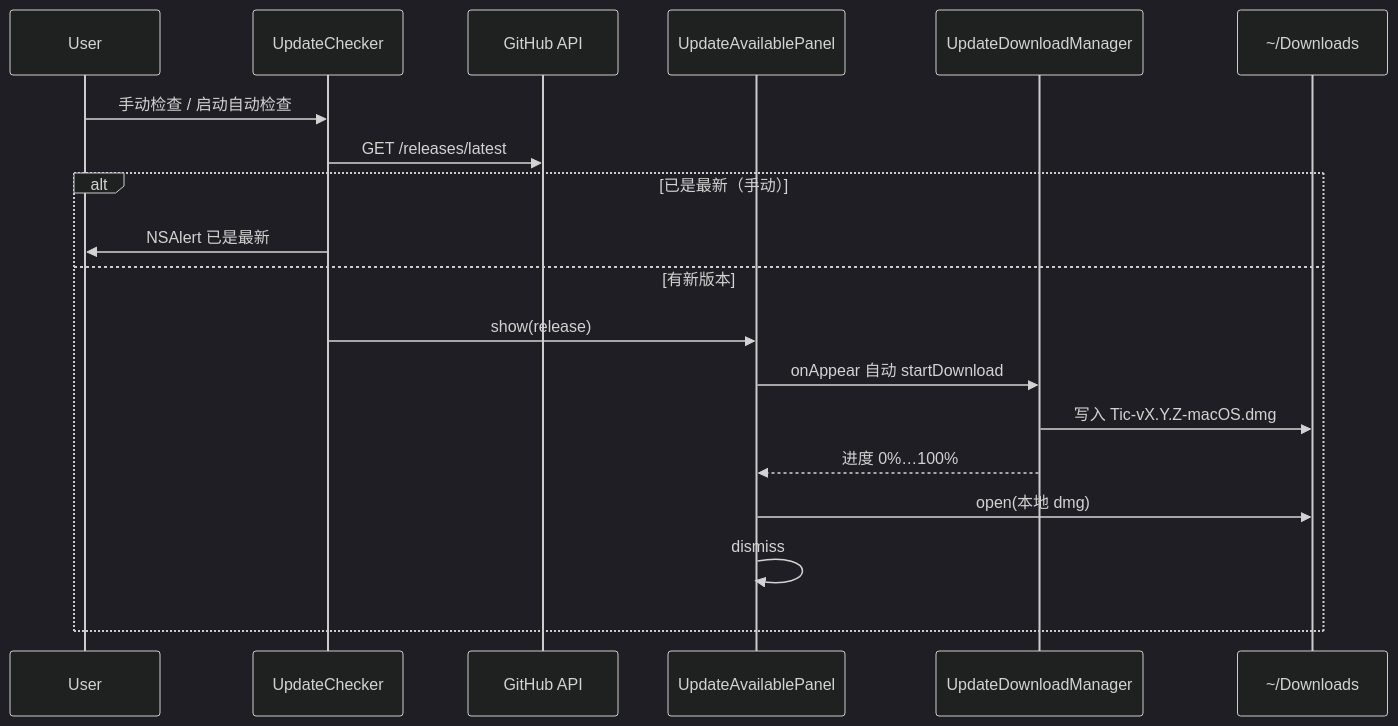
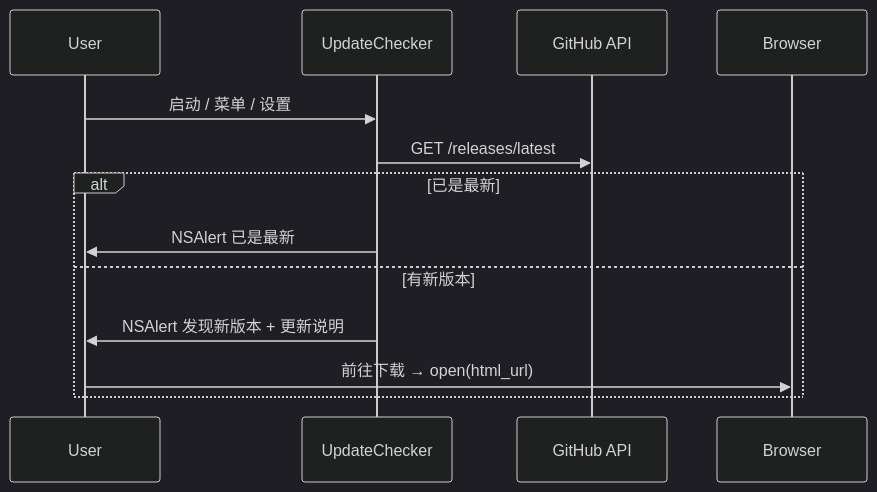
The diagram in docs/app-update.md (NicCraver/tic), drawn with Mermaid (dark theme) before and after one commit. The commit also changed other lines of this file and 18 other files, not shown here.

````diff
--- a/docs/app-update.md
+++ b/docs/app-update.md
@@ -33,22 +28,16 @@
 ```mermaid
 sequenceDiagram
     participant User
     participant Checker as UpdateChecker
     participant API as GitHub API
-    participant Panel as UpdateAvailablePanel
-    participant DL as UpdateDownloadManager
-    participant FS as ~/Downloads
+    participant Browser
 
-    User->>Checker: 手动检查 / 启动自动检查
+    User->>Checker: 启动 / 菜单 / 设置
     Checker->>API: GET /releases/latest
-    alt 已是最新（手动）
+    alt 已是最新
         Checker->>User: NSAlert 已是最新
     else 有新版本
-        Checker->>Panel: show(release)
-        Panel->>DL: onAppear 自动 startDownload
-        DL->>FS: 写入 Tic-vX.Y.Z-macOS.dmg
-        DL-->>Panel: 进度 0%…100%
-        Panel->>FS: open(本地 dmg)
-        Panel->>Panel: dismiss
+        Checker->>User: NSAlert 发现新版本 + 更新说明
+        User->>Browser: 前往下载 → open(html_url)
     end
 ```
````
